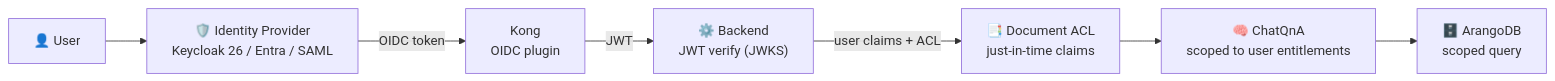
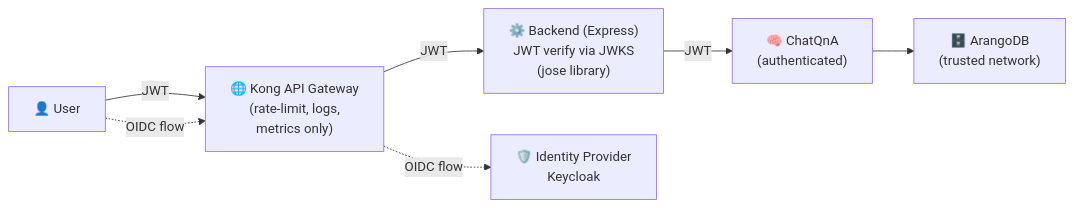
One commit to jrevillard/genie-ai-replica changed the seventh of 8 diagrams in docs/presentations/genie-ai-sovereign-architecture.md. Above: the diagram before and after it, drawn with Mermaid. The commit also changed other lines of this file and 1 other file, not shown here.

First line of the commit message:
docs(presentations): fix Identity + split Observability

````diff
--- a/docs/presentations/genie-ai-sovereign-architecture.md
+++ b/docs/presentations/genie-ai-sovereign-architecture.md
@@ -516,18 +559,19 @@
 ```mermaid
 flowchart LR
-  U["👤 User"] --> IDP["🛡️ Identity Provider<br/>Keycloak 26 / Entra / SAML"]
-  IDP -->|OIDC token| K["Kong<br/>OIDC plugin"]
-  K -->|JWT| B["⚙️ Backend<br/>JWT verify (JWKS)"]
-  B -->|user claims + ACL| ACL["📑 Document ACL<br/>just-in-time claims"]
-  ACL --> Q["🧠 ChatQnA<br/>scoped to user entitlements"]
-  Q --> A["🗄️ ArangoDB<br/>scoped query"]
+
+  B["⚙️ Backend (Express)<br/>JWT verify via JWKS<br/>(jose library)"] -->|JWT| Q["🧠 ChatQnA<br/>(authenticated)"]
+  K["🌐 Kong API Gateway<br/>(rate-limit, logs,<br/>metrics only)"] -->|JWT| B
+  U["👤 User"] -->|JWT| K
+  U -.->|OIDC flow| K
+  K -.->|OIDC flow| IDP["🛡️ Identity Provider<br/>Keycloak"]
+  Q --> A["🗄️ ArangoDB<br/>(trusted network)"]
 
 classDef client fill:#ffffff,stroke:#94a3b8,stroke-width:1px,color:#475569;
 classDef gateway fill:#ffffff,stroke:#1b3fad,stroke-width:2px,color:#1b3fad;
 classDef core fill:#ffffff,stroke:#34373d,stroke-width:1px,color:#34373d;
 classDef data fill:#eef3ff,stroke:#1b3fad,stroke-width:1.5px,color:#122f87;
 classDef ai fill:#f0fdf6,stroke:#2b855b,stroke-width:1.5px,color:#1f5e3f;
 classDef orch fill:#ffffff,stroke:#7c3aed,stroke-width:1.5px,stroke-dasharray:4 3,color:#5b21b6;
 classDef risk fill:#fef2f2,stroke:#dc2626,stroke-width:1.5px,color:#991b1b;
-classDef ok fill:#f0fdf6,stroke:#16a34a,stroke-width:1.5px,color:#166534;
+classDef ok fill:#f0fdf6,stroke:#16a34a,stroke-width:2px,color:#166534;
 ```
````
